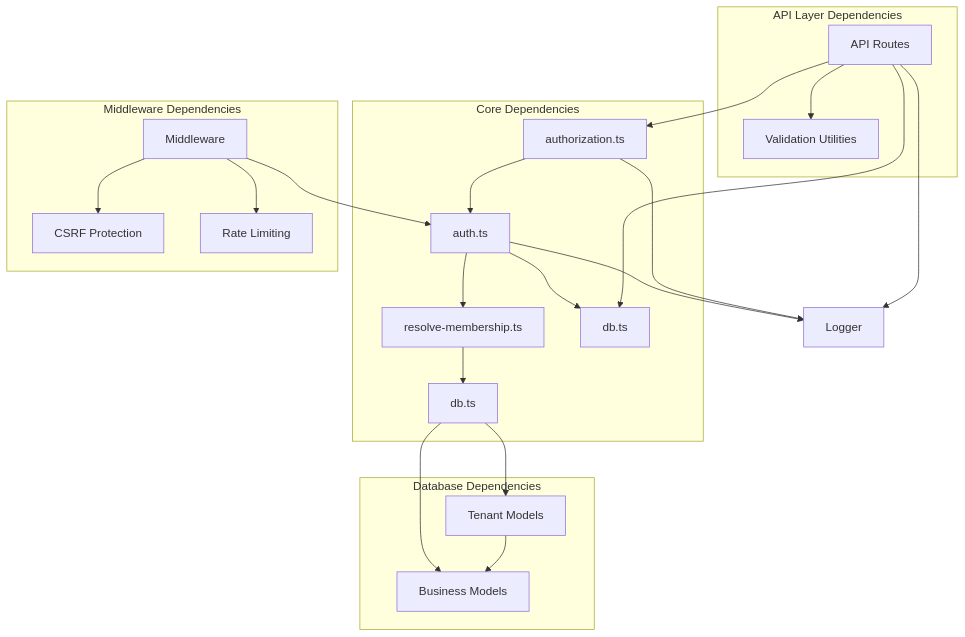
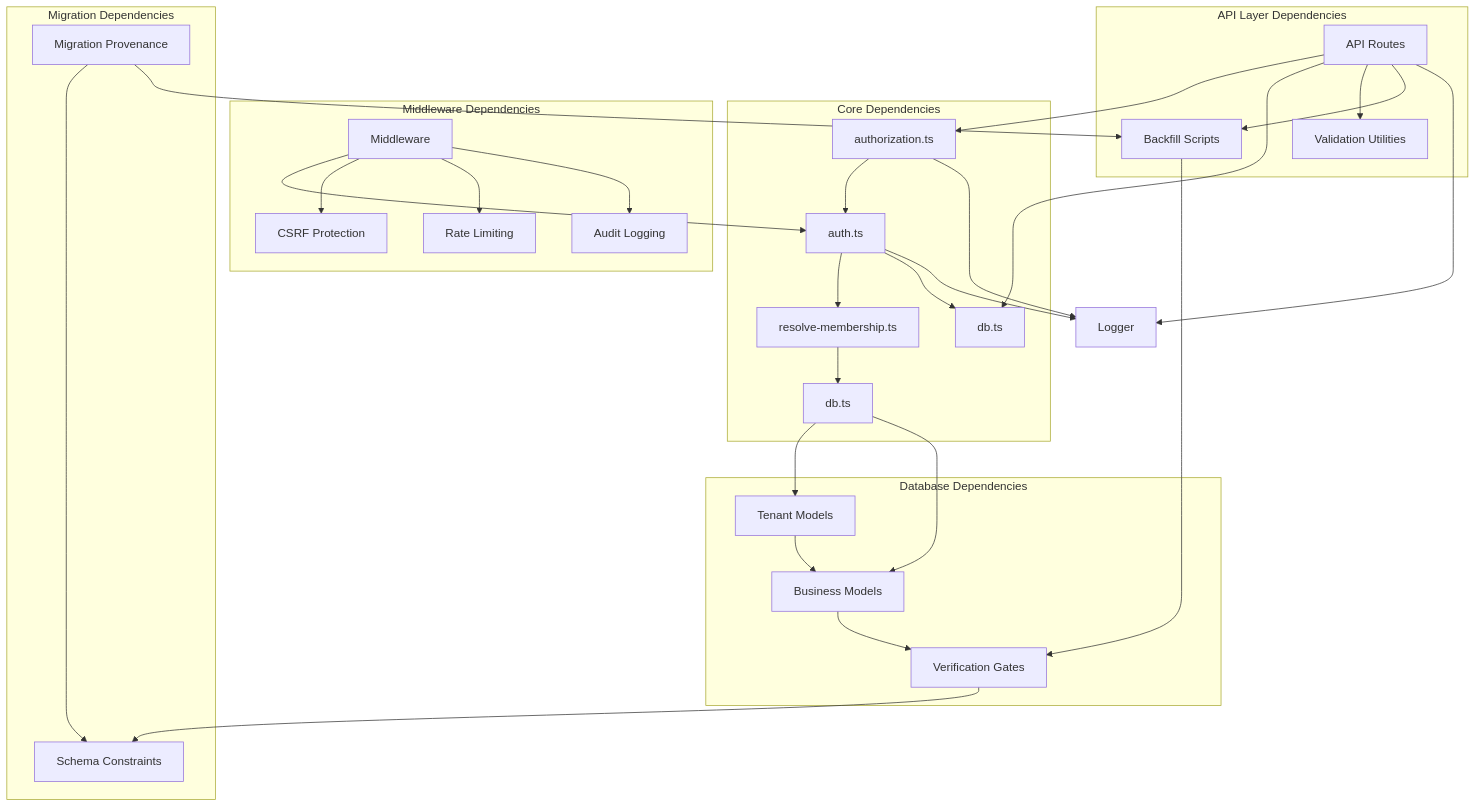
Before and after one commit to nzey11/erp-new: diagram 13 of 13 in .qoder/repowiki/en/content/Architecture Overview/Multi-Tenant Architecture.md, drawn with Mermaid. The commit also changed other lines of this file and 46 other files, not shown here.

````diff
--- a/.qoder/repowiki/en/content/Architecture Overview/Multi-Tenant Architecture.md
+++ b/.qoder/repowiki/en/content/Architecture Overview/Multi-Tenant Architecture.md
@@ -365,27 +704,36 @@
 ```mermaid
 graph TB
 subgraph "Core Dependencies"
 AuthModule[auth.ts] --> MembershipResolver[resolve-membership.ts]
 AuthModule --> DbClient[db.ts]
 MembershipResolver --> PrismaClient[db.ts]
 AuthorizationModule[authorization.ts] --> AuthModule
 end
 subgraph "API Layer Dependencies"
 ApiRoutes[API Routes] --> AuthorizationModule
 ApiRoutes --> DbClient
 ApiRoutes --> Validation[Validation Utilities]
+ApiRoutes --> BackfillScripts[Backfill Scripts]
 end
 subgraph "Database Dependencies"
 PrismaClient --> TenantModels[Tenant Models]
 PrismaClient --> BusinessModels[Business Models]
 TenantModels --> BusinessModels
+BusinessModels --> VerificationGates[Verification Gates]
 end
 subgraph "Middleware Dependencies"
 Middleware --> AuthModule
 Middleware --> CSRFProtection[CSRF Protection]
 Middleware --> RateLimiting[Rate Limiting]
+Middleware --> AuditLogging[Audit Logging]
+end
+subgraph "Migration Dependencies"
+MigrationProvenance[Migration Provenance] --> SchemaConstraints[Schema Constraints]
+MigrationProvenance --> BackfillScripts
+BackfillScripts --> VerificationGates
+VerificationGates --> SchemaConstraints
 end
 AuthModule --> Logger[Logger]
 AuthorizationModule --> Logger
 ApiRoutes --> Logger
 ```
````
